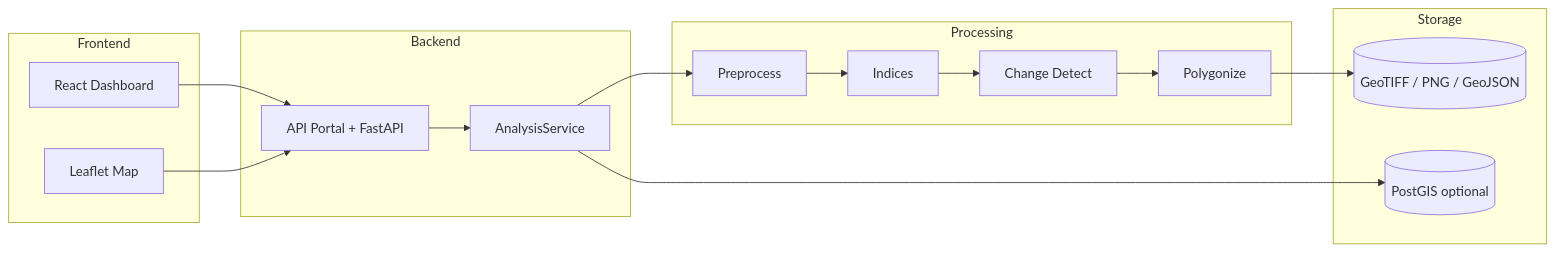
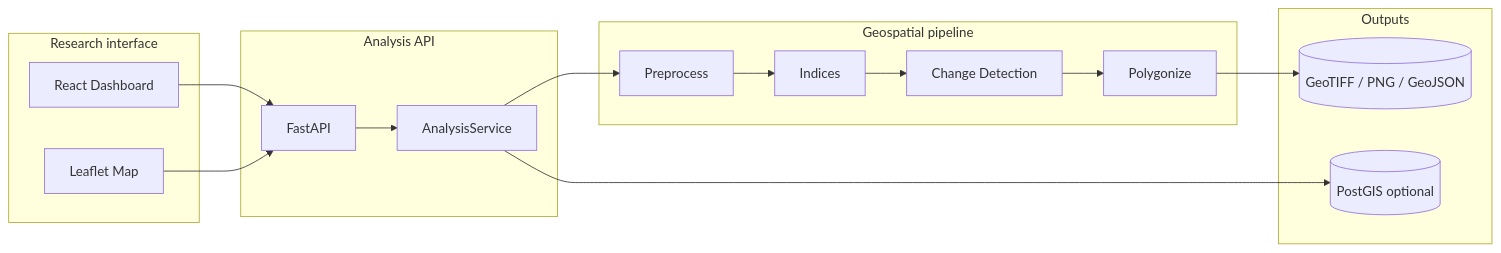
One commit to mahdisadeghiha/GeoAI changed the diagram in README.md. Above: the diagram before and after it, drawn with Mermaid. The commit also changed other lines of this file, not shown here.

Commit message:
Refine GeoAI README for research portfolio

````diff
--- a/README.md
+++ b/README.md
@@ -58,31 +113,31 @@
 ```mermaid
 flowchart LR
-  subgraph UI["Frontend"]
+  subgraph UI["Research interface"]
     D[React Dashboard]
     M[Leaflet Map]
   end
 
-  subgraph API["Backend"]
-    P[API Portal + FastAPI]
+  subgraph API["Analysis API"]
+    P[FastAPI]
     S[AnalysisService]
   end
 
-  subgraph PIPE["Processing"]
+  subgraph PIPE["Geospatial pipeline"]
     PRE[Preprocess]
     IDX[Indices]
-    CD[Change Detect]
+    CD[Change Detection]
     SP[Polygonize]
   end
 
-  subgraph STORE["Storage"]
+  subgraph STORE["Outputs"]
     FS[(GeoTIFF / PNG / GeoJSON)]
     DB[(PostGIS optional)]
   end
 
   D --> P
   M --> P
   P --> S
   S --> PRE --> IDX --> CD --> SP
   SP --> FS
   S --> DB
 ```
````
